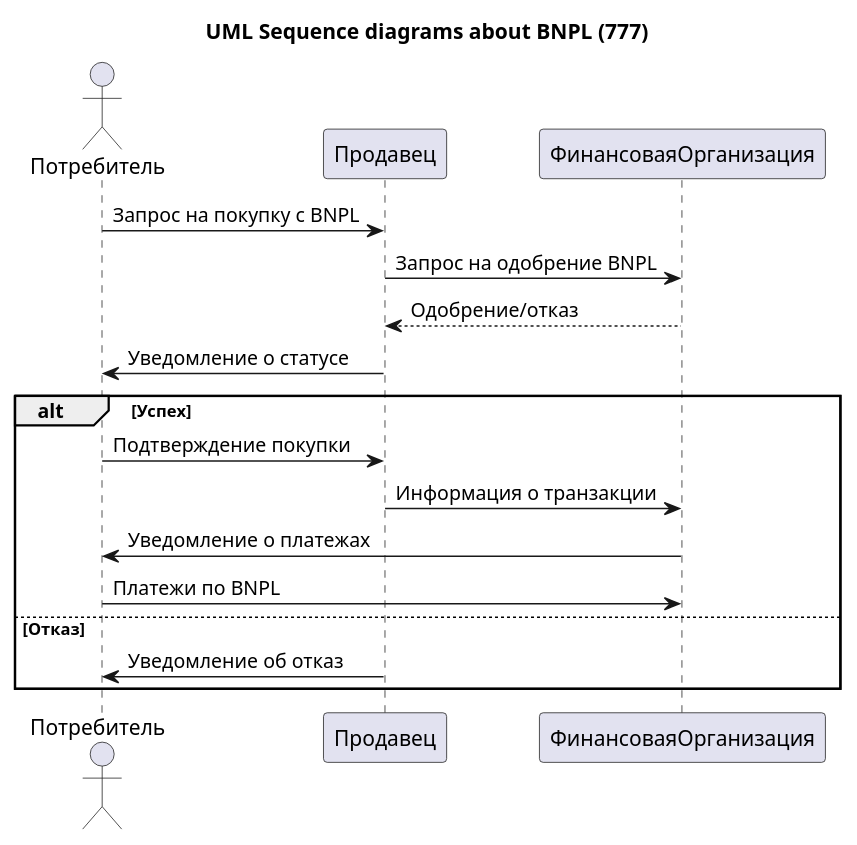
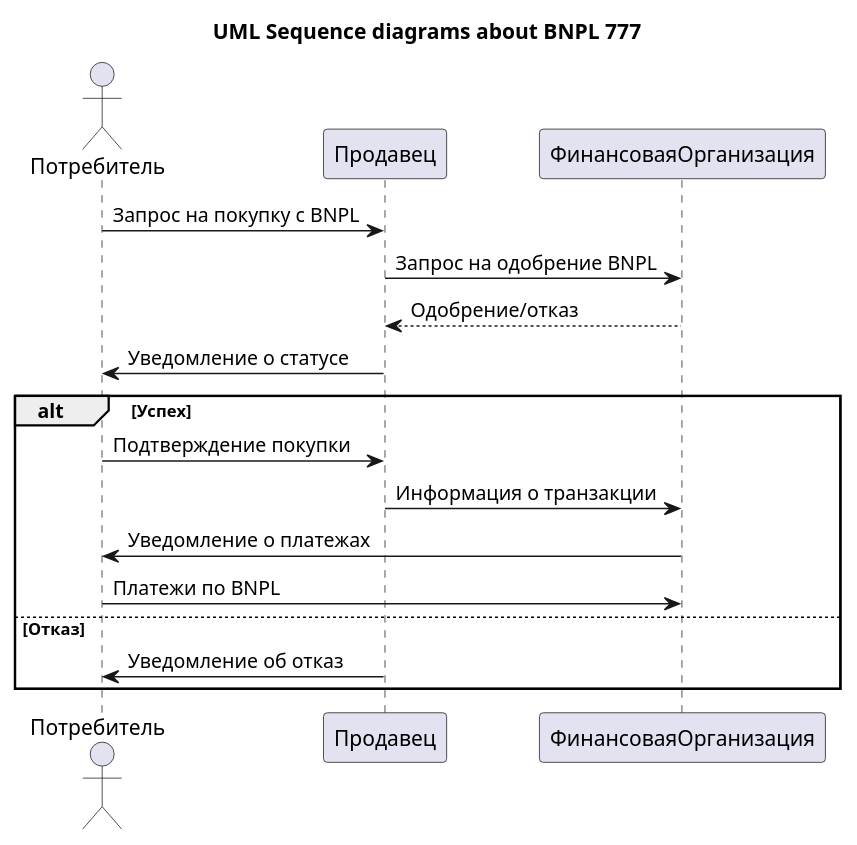
One commit to MinElmir/MVP changed the diagram in test_delet.puml. Above: the diagram before and after it, drawn with PlantUML.

```diff
--- a/test_delet.puml
+++ b/test_delet.puml
@@ -1,21 +1,21 @@
-@startuml
-title "UML Sequence diagrams about BNPL (777)"
+@startuml название диаграммы
+title "UML Sequence diagrams about BNPL 777"
     actor Потребитель
     participant Продавец
     participant ФинансоваяОрганизация
 
     Потребитель->Продавец: Запрос на покупку с BNPL
     Продавец->ФинансоваяОрганизация: Запрос на одобрение BNPL
     ФинансоваяОрганизация-->Продавец: Одобрение/отказ
     Продавец->Потребитель: Уведомление о статусе
 
     alt Успех
         Потребитель->Продавец: Подтверждение покупки
         Продавец->ФинансоваяОрганизация: Информация о транзакции
         ФинансоваяОрганизация->Потребитель: Уведомление о платежах
         Потребитель->ФинансоваяОрганизация: Платежи по BNPL
     else Отказ
         Продавец->Потребитель: Уведомление об отказ
     end
     
 @enduml
```
